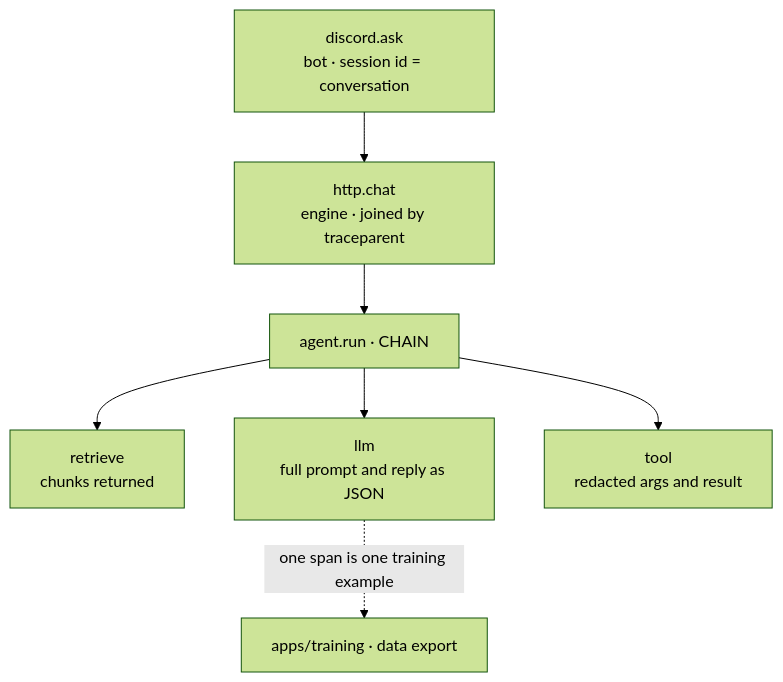
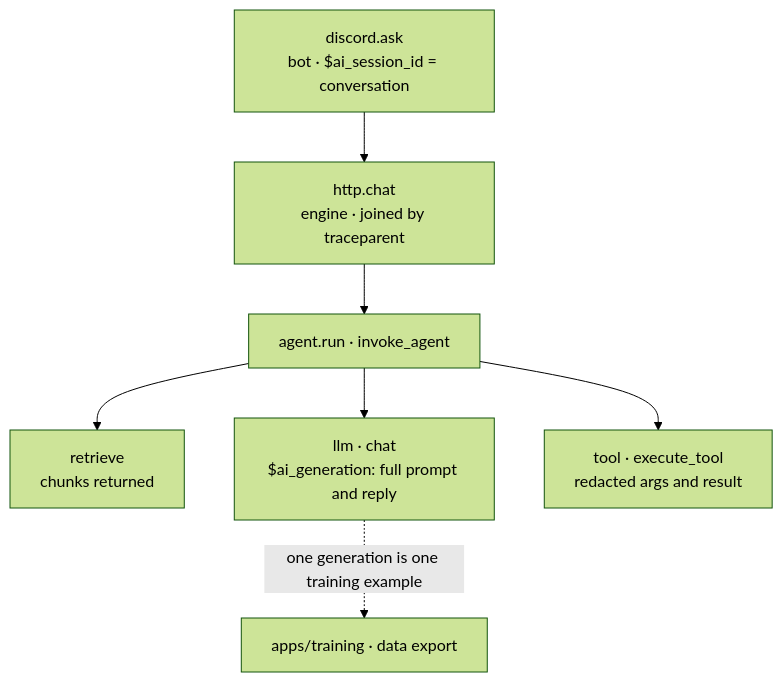
Before and after one commit to ashworks1706/SparkyAI: the eighth of 9 diagrams in docs/ARCHITECTURE.md, drawn with Mermaid (forest theme). The commit also changed other lines of this file and 1 other file, not shown here.

First line of the commit message:
docs: point the architecture and agent guide at PostHog

````diff
--- a/docs/ARCHITECTURE.md
+++ b/docs/ARCHITECTURE.md
@@ -470,9 +471,9 @@
 ```mermaid
 flowchart TD
-    A["discord.ask<br/>bot · session id = conversation"] --> B["http.chat<br/>engine · joined by traceparent"]
-    B --> C["agent.run · CHAIN"]
+    A["discord.ask<br/>bot · $ai_session_id = conversation"] --> B["http.chat<br/>engine · joined by traceparent"]
+    B --> C["agent.run · invoke_agent"]
     C --> D["retrieve<br/>chunks returned"]
-    C --> E["llm<br/>full prompt and reply as JSON"]
-    C --> F["tool<br/>redacted args and result"]
-    E -.->|one span is one training example| G["apps/training · data export"]
+    C --> E["llm · chat<br/>$ai_generation: full prompt and reply"]
+    C --> F["tool · execute_tool<br/>redacted args and result"]
+    E -.->|one generation is one training example| G["apps/training · data export"]
 ```
````
